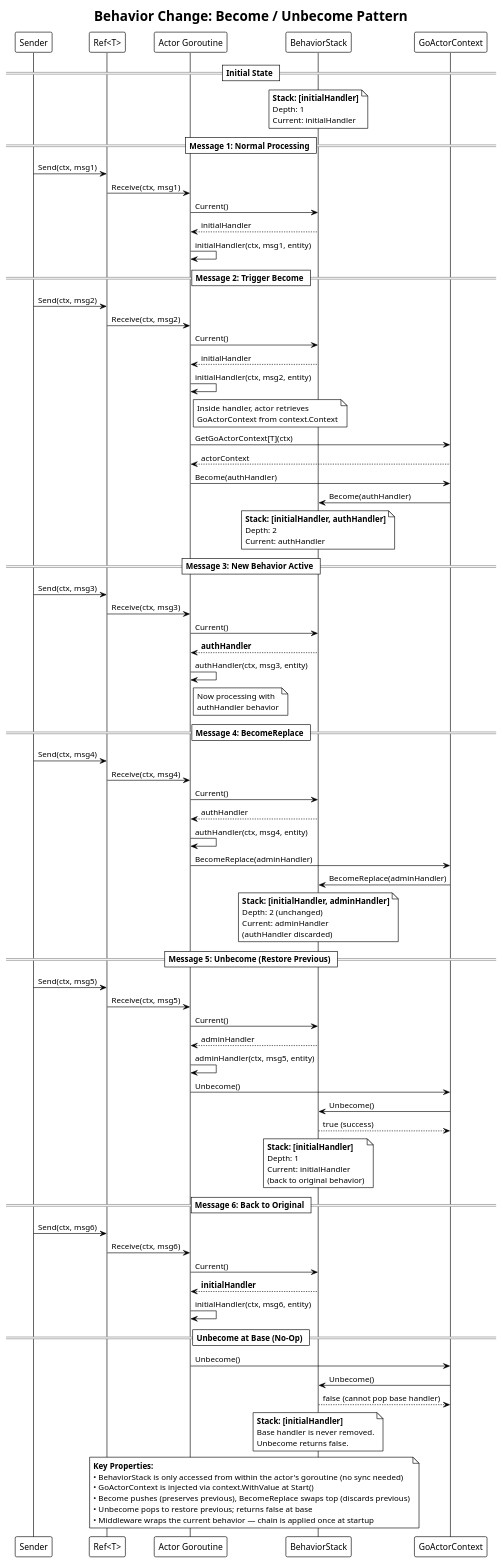
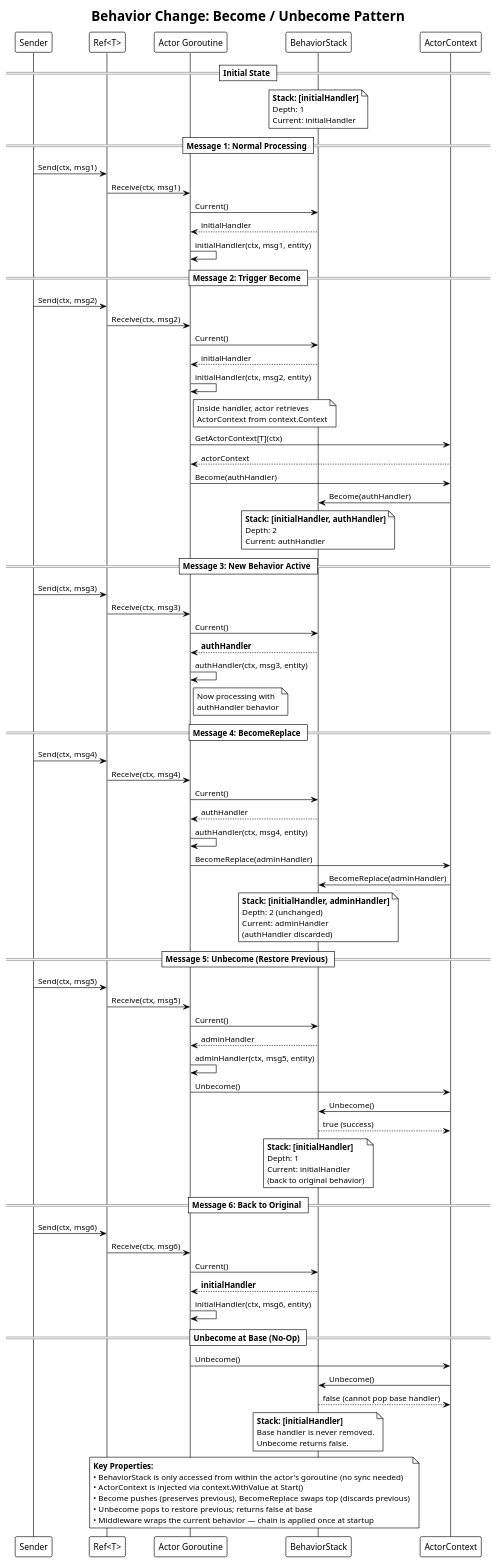
One commit to barnowlsnest/go-actorlib changed the diagram in docs/behavior-change.puml. Above: the diagram before and after it, drawn with PlantUML. The commit also changed 54 other files, not shown here.

```diff
--- a/docs/behavior-change.puml
+++ b/docs/behavior-change.puml
@@ -1,117 +1,117 @@
 @startuml behavior-change
 !theme plain
 skinparam backgroundColor #FFFFFF
 
 title Behavior Change: Become / Unbecome Pattern
 
 participant "Sender" as sender
 participant "Ref<T>" as ref
 participant "Actor Goroutine" as actor
 participant "BehaviorStack" as stack
-participant "GoActorContext" as actx
+participant "ActorContext" as actx
 
 == Initial State ==
 
 note over stack
   **Stack: [initialHandler]**
   Depth: 1
   Current: initialHandler
 end note
 
 == Message 1: Normal Processing ==
 sender -> ref : Send(ctx, msg1)
 ref -> actor : Receive(ctx, msg1)
 actor -> stack : Current()
 stack --> actor : initialHandler
 actor -> actor : initialHandler(ctx, msg1, entity)
 
 == Message 2: Trigger Become ==
 sender -> ref : Send(ctx, msg2)
 ref -> actor : Receive(ctx, msg2)
 actor -> stack : Current()
 stack --> actor : initialHandler
 actor -> actor : initialHandler(ctx, msg2, entity)
 
-note right of actor : Inside handler, actor retrieves\nGoActorContext from context.Context
+note right of actor : Inside handler, actor retrieves\nActorContext from context.Context
 
-actor -> actx : GetGoActorContext[T](ctx)
+actor -> actx : GetActorContext[T](ctx)
 actx --> actor : actorContext
 actor -> actx : Become(authHandler)
 actx -> stack : Become(authHandler)
 
 note over stack
   **Stack: [initialHandler, authHandler]**
   Depth: 2
   Current: authHandler
 end note
 
 == Message 3: New Behavior Active ==
 sender -> ref : Send(ctx, msg3)
 ref -> actor : Receive(ctx, msg3)
 actor -> stack : Current()
 stack --> actor : **authHandler**
 actor -> actor : authHandler(ctx, msg3, entity)
 
 note right of actor : Now processing with\nauthHandler behavior
 
 == Message 4: BecomeReplace ==
 sender -> ref : Send(ctx, msg4)
 ref -> actor : Receive(ctx, msg4)
 actor -> stack : Current()
 stack --> actor : authHandler
 actor -> actor : authHandler(ctx, msg4, entity)
 actor -> actx : BecomeReplace(adminHandler)
 actx -> stack : BecomeReplace(adminHandler)
 
 note over stack
   **Stack: [initialHandler, adminHandler]**
   Depth: 2 (unchanged)
   Current: adminHandler
   (authHandler discarded)
 end note
 
 == Message 5: Unbecome (Restore Previous) ==
 sender -> ref : Send(ctx, msg5)
 ref -> actor : Receive(ctx, msg5)
 actor -> stack : Current()
 stack --> actor : adminHandler
 actor -> actor : adminHandler(ctx, msg5, entity)
 actor -> actx : Unbecome()
 actx -> stack : Unbecome()
 stack --> actx : true (success)
 
 note over stack
   **Stack: [initialHandler]**
   Depth: 1
   Current: initialHandler
   (back to original behavior)
 end note
 
 == Message 6: Back to Original ==
 sender -> ref : Send(ctx, msg6)
 ref -> actor : Receive(ctx, msg6)
 actor -> stack : Current()
 stack --> actor : **initialHandler**
 actor -> actor : initialHandler(ctx, msg6, entity)
 
 == Unbecome at Base (No-Op) ==
 actor -> actx : Unbecome()
 actx -> stack : Unbecome()
 stack --> actx : false (cannot pop base handler)
 
 note over stack
   **Stack: [initialHandler]**
   Base handler is never removed.
   Unbecome returns false.
 end note
 
 note over actor, stack
   **Key Properties:**
   • BehaviorStack is only accessed from within the actor's goroutine (no sync needed)
-  • GoActorContext is injected via context.WithValue at Start()
+  • ActorContext is injected via context.WithValue at Start()
   • Become pushes (preserves previous), BecomeReplace swaps top (discards previous)
   • Unbecome pops to restore previous; returns false at base
   • Middleware wraps the current behavior — chain is applied once at startup
 end note
 
 @enduml
```
